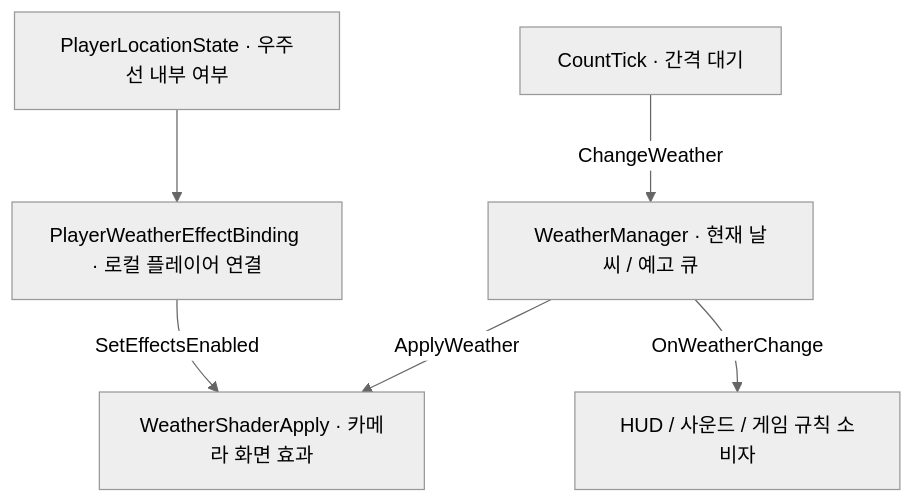
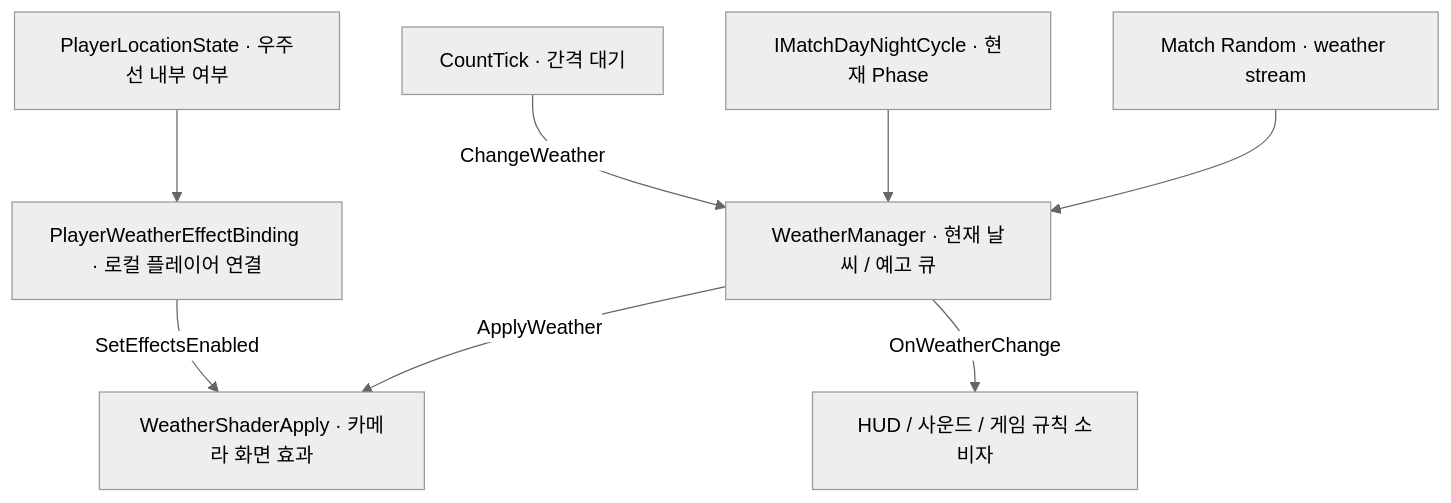
One commit to Team-HJD-21/unity-6-the-developer changed the diagram in Docs/architecture/weather-system-guide.md. Above: the diagram before and after it, drawn with Mermaid (neutral theme). The commit also changed other lines of this file and 1 other file, not shown here.

Commit message:
feat(weather): use match weighted random

````diff
--- a/Docs/architecture/weather-system-guide.md
+++ b/Docs/architecture/weather-system-guide.md
@@ -21,8 +21,10 @@
 ```mermaid
 flowchart TD
-    Tick["CountTick · 간격 대기"] -->|ChangeWeather| Manager["WeatherManager · 현재 날씨 / 예고 큐"]
+    Random["Match Random · weather stream"] --> Manager["WeatherManager · 현재 날씨 / 예고 큐"]
+    DayNight["IMatchDayNightCycle · 현재 Phase"] --> Manager
+    Tick["CountTick · 간격 대기"] -->|ChangeWeather| Manager
     Manager -->|ApplyWeather| Shader["WeatherShaderApply · 카메라 화면 효과"]
     Manager -->|OnWeatherChange| Consumers["HUD / 사운드 / 게임 규칙 소비자"]
     Location["PlayerLocationState · 우주선 내부 여부"] --> Binding["PlayerWeatherEffectBinding · 로컬 플레이어 연결"]
     Binding -->|SetEffectsEnabled| Shader
 ```
````
